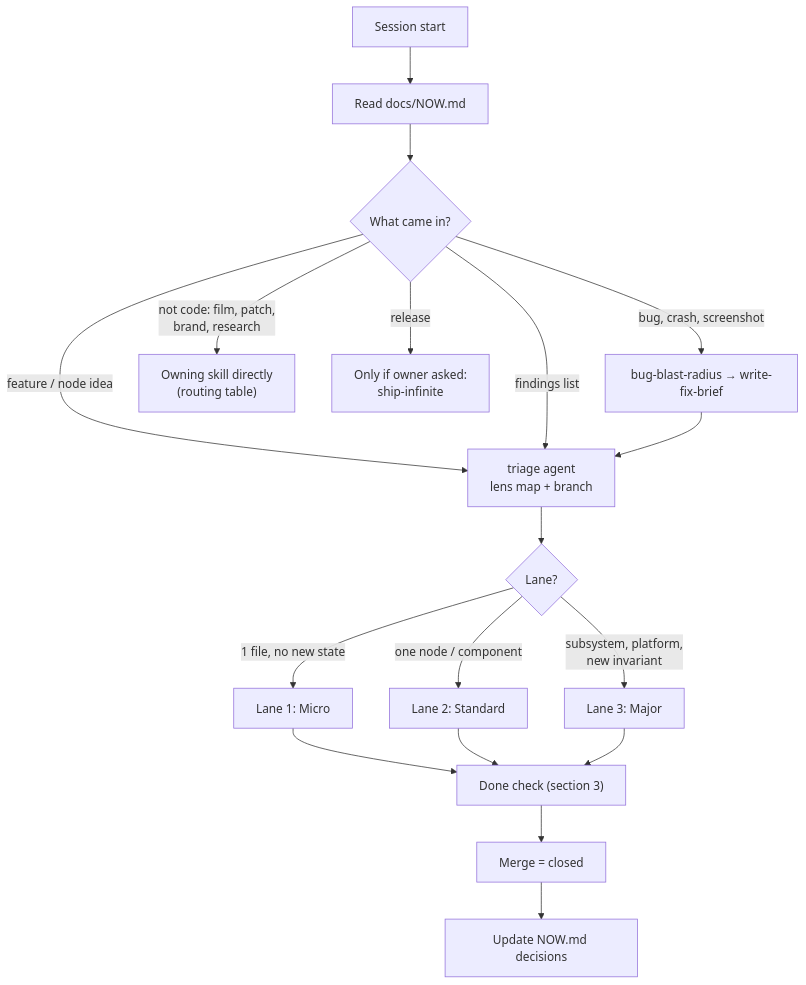
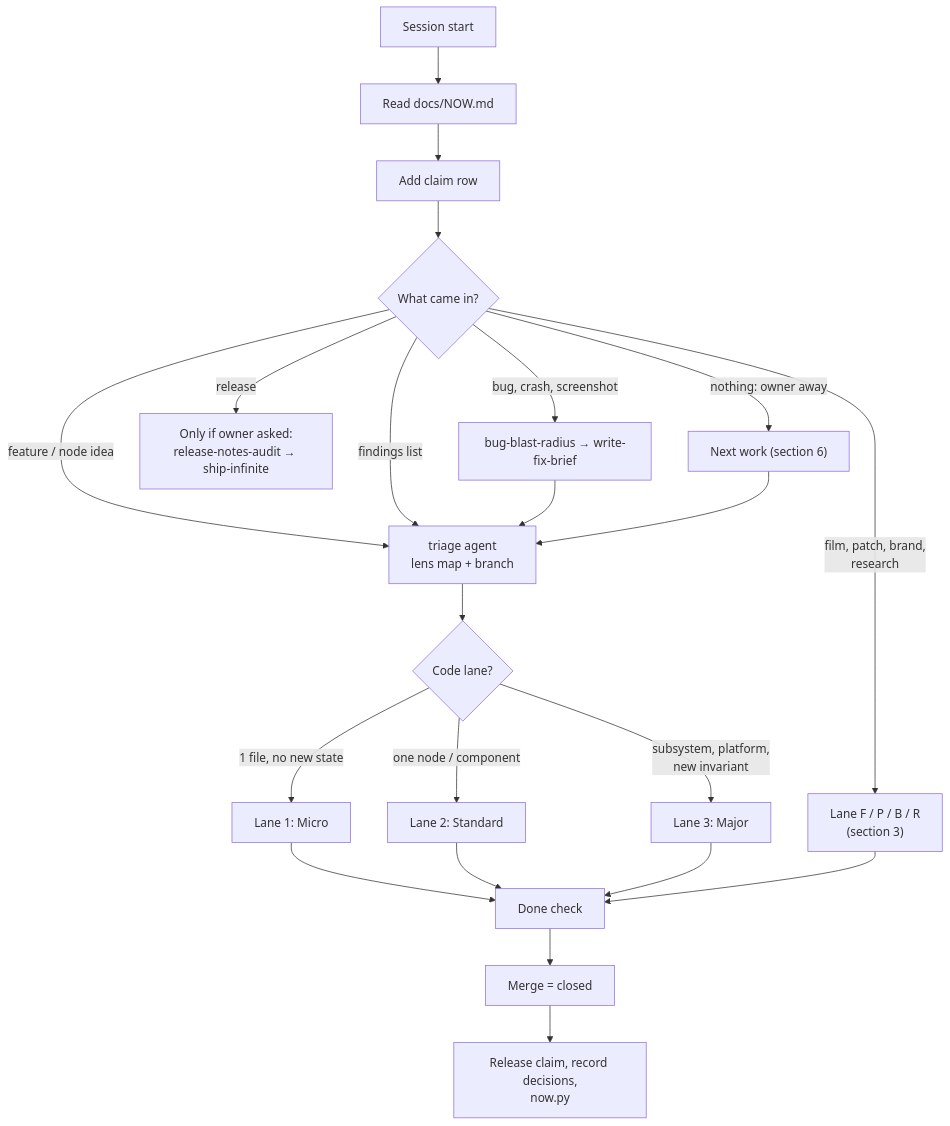
One commit to MechanicalBoy/Infinite changed the second of 6 diagrams in .claude/skills/infinite-lifecycle/SKILL.md. Above: the diagram before and after it, drawn with Mermaid. The commit also changed other lines of this file and 1 other file, not shown here.

First line of the commit message:
Lifecycle: quality loop replaces the downloads bet; claims, absent-owner protocol, non-code lanes

````diff
--- a/.claude/skills/infinite-lifecycle/SKILL.md
+++ b/.claude/skills/infinite-lifecycle/SKILL.md
@@ -71,19 +76,21 @@
 ```mermaid
 flowchart TD
-    Start["Session start"] --> ReadNow["Read docs/NOW.md"]
-    ReadNow --> Ask{"What came in?"}
+    Start["Session start"] --> ReadNow["Read docs/NOW.md"] --> Claim["Add claim row"]
+    Claim --> Ask{"What came in?"}
 
     Ask -- "bug, crash, screenshot" --> Bug["bug-blast-radius → write-fix-brief"]
     Ask -- "feature / node idea" --> Tri["triage agent<br/>lens map + branch"]
     Ask -- "findings list" --> Tri
-    Ask -- "not code: film, patch,<br/>brand, research" --> NonCode["Owning skill directly<br/>(routing table)"]
-    Ask -- "release" --> Ship["Only if owner asked:<br/>ship-infinite"]
+    Ask -- "film, patch, brand,<br/>research" --> NC["Lane F / P / B / R<br/>(section 3)"]
+    Ask -- "release" --> Ship["Only if owner asked:<br/>release-notes-audit → ship-infinite"]
+    Ask -- "nothing: owner away" --> Next["Next work (section 6)"]
     Bug --> Tri
+    Next --> Tri
 
-    Tri --> Lane{"Lane?"}
+    Tri --> Lane{"Code lane?"}
     Lane -- "1 file, no new state" --> L1["Lane 1: Micro"]
     Lane -- "one node / component" --> L2["Lane 2: Standard"]
     Lane -- "subsystem, platform,<br/>new invariant" --> L3["Lane 3: Major"]
 
-    L1 & L2 & L3 --> Done["Done check (section 3)"] --> Merge["Merge = closed"] --> Upd["Update NOW.md decisions"]
+    L1 & L2 & L3 & NC --> Done["Done check"] --> Merge["Merge = closed"] --> Upd["Release claim, record decisions,<br/>now.py"]
 ```
````
